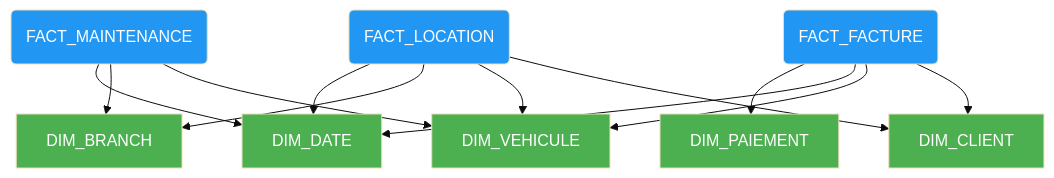
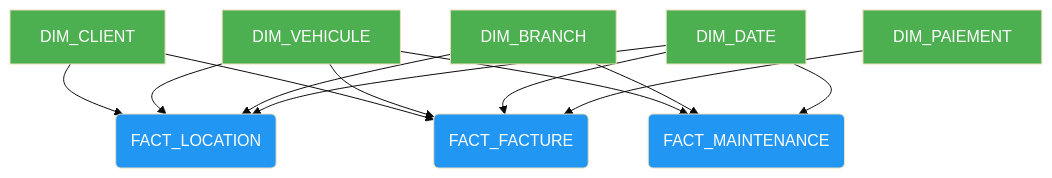
Before and after one commit to abrahamkoloboe27/rentcar-data-pipeline-snowflake: the second of 2 diagrams in Readme.md, drawn with Mermaid (base theme).

Commit message:
docs: reverse arrow directions in Readme.md diagram
The arrow directions in the diagram were reversed to better represent the logical flow of data between dimensions and facts. This change improves the clarity and accuracy of the documentation.

````diff
--- a/Readme.md
+++ b/Readme.md
@@ -40,33 +40,32 @@
 ```mermaid
 graph TD
     %% Dimensions
     DCL[DIM_CLIENT]:::dim
     DVH[DIM_VEHICULE]:::dim
     DBR[DIM_BRANCH]:::dim
     DDT[DIM_DATE]:::dim
     DPA[DIM_PAIEMENT]:::dim
     
     %% Faits
     FLOC(FACT_LOCATION):::fact
     FFAC(FACT_FACTURE):::fact
     FMAINT(FACT_MAINTENANCE):::fact
     
     %% Relations
-    FLOC --> DCL
-    FLOC --> DVH
-    FLOC --> DBR
-    FLOC --> DDT
+    DCL --> FLOC
+    DVH --> FLOC
+    DBR --> FLOC
+    DDT --> FLOC
     
-    FFAC --> DCL
-    FFAC --> DVH
-    FFAC --> DDT
-    FFAC --> DPA
+    DCL --> FFAC
+    DVH --> FFAC
+    DDT --> FFAC
+    DPA --> FFAC
     
-    FMAINT --> DVH
-    FMAINT --> DBR
-    FMAINT --> DDT
+    DVH --> FMAINT
+    DBR --> FMAINT
+    DDT --> FMAINT
 
     classDef dim fill:#4CAF50,color:white
     classDef fact fill:#2196F3,color:white
-
 ```
````
